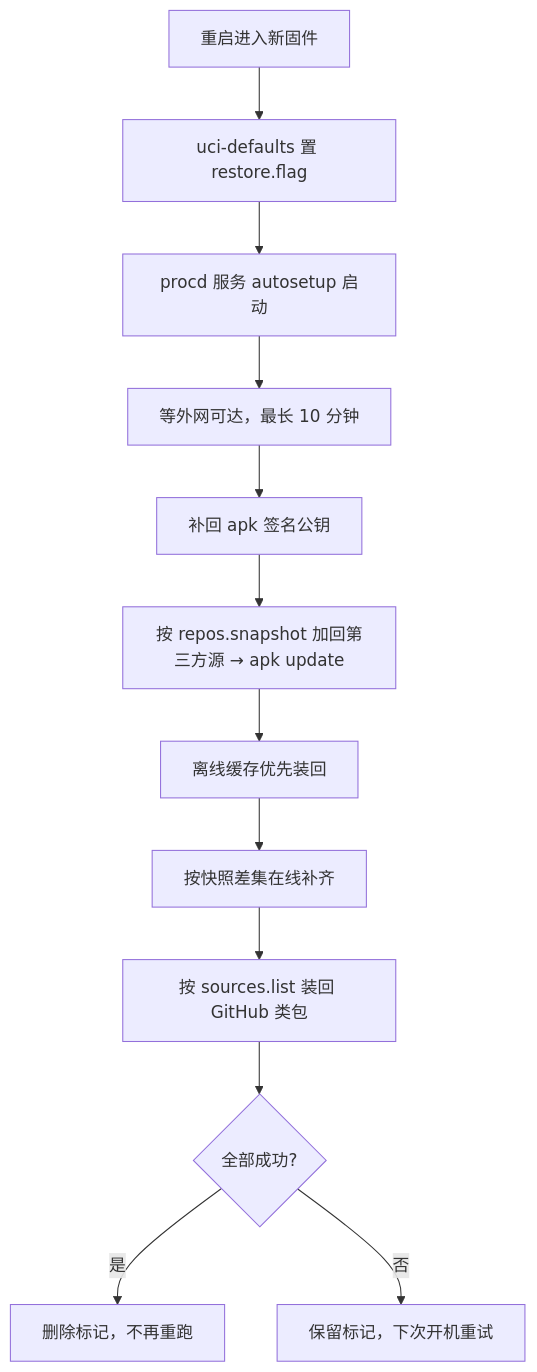
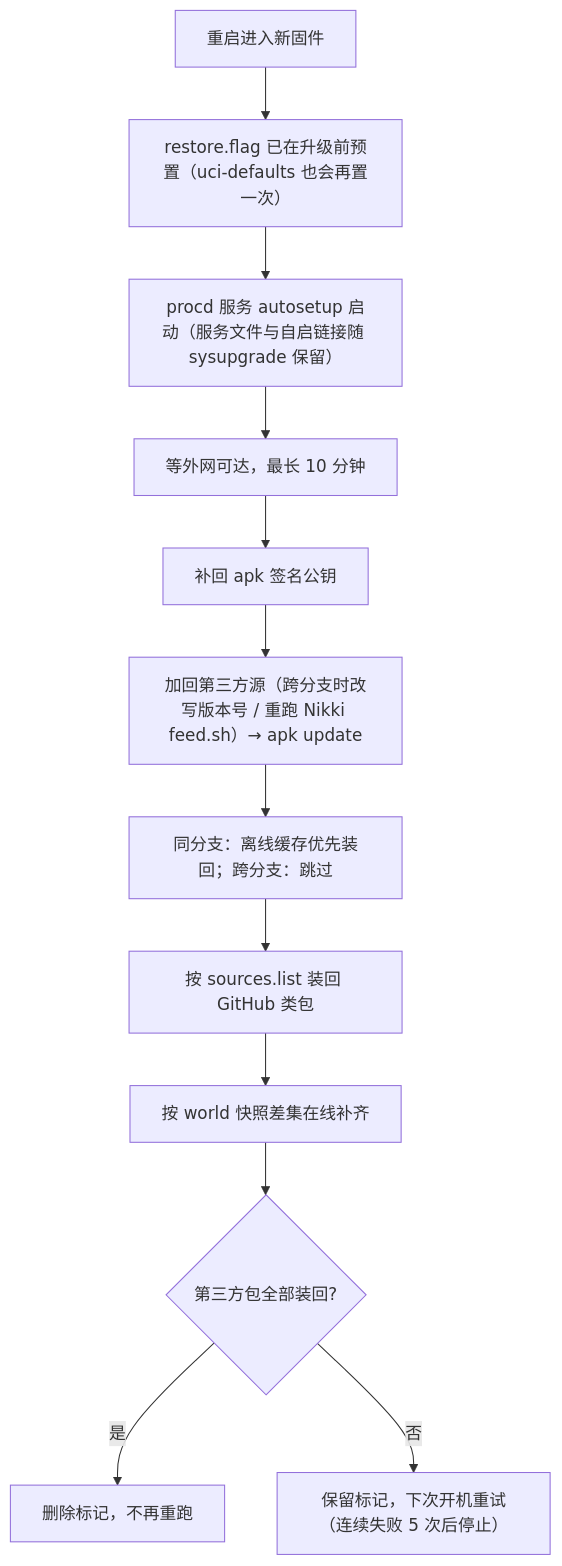
One commit to rocdeng/openwrt-autosetup changed the diagram in README.md. Above: the diagram before and after it, drawn with Mermaid. The commit also changed other lines of this file and 4 other files, not shown here.

````diff
--- a/README.md
+++ b/README.md
@@ -91,14 +91,14 @@
 ```mermaid
 flowchart TD
-    A[重启进入新固件] --> B["uci-defaults 置 restore.flag"]
-    B --> C["procd 服务 autosetup 启动"]
+    A[重启进入新固件] --> B["restore.flag 已在升级前预置（uci-defaults 也会再置一次）"]
+    B --> C["procd 服务 autosetup 启动（服务文件与自启链接随 sysupgrade 保留）"]
     C --> D["等外网可达，最长 10 分钟"]
     D --> E["补回 apk 签名公钥"]
-    E --> F["按 repos.snapshot 加回第三方源 → apk update"]
-    F --> G["离线缓存优先装回"]
-    G --> H["按快照差集在线补齐"]
-    H --> I["按 sources.list 装回 GitHub 类包"]
-    I --> J{全部成功?}
+    E --> F["加回第三方源（跨分支时改写版本号 / 重跑 Nikki feed.sh）→ apk update"]
+    F --> G["同分支：离线缓存优先装回；跨分支：跳过"]
+    G --> H["按 sources.list 装回 GitHub 类包"]
+    H --> I["按 world 快照差集在线补齐"]
+    I --> J{第三方包全部装回?}
     J -->|是| K[删除标记，不再重跑]
-    J -->|否| L[保留标记，下次开机重试]
+    J -->|否| L["保留标记，下次开机重试（连续失败 5 次后停止）"]
 ```
````
